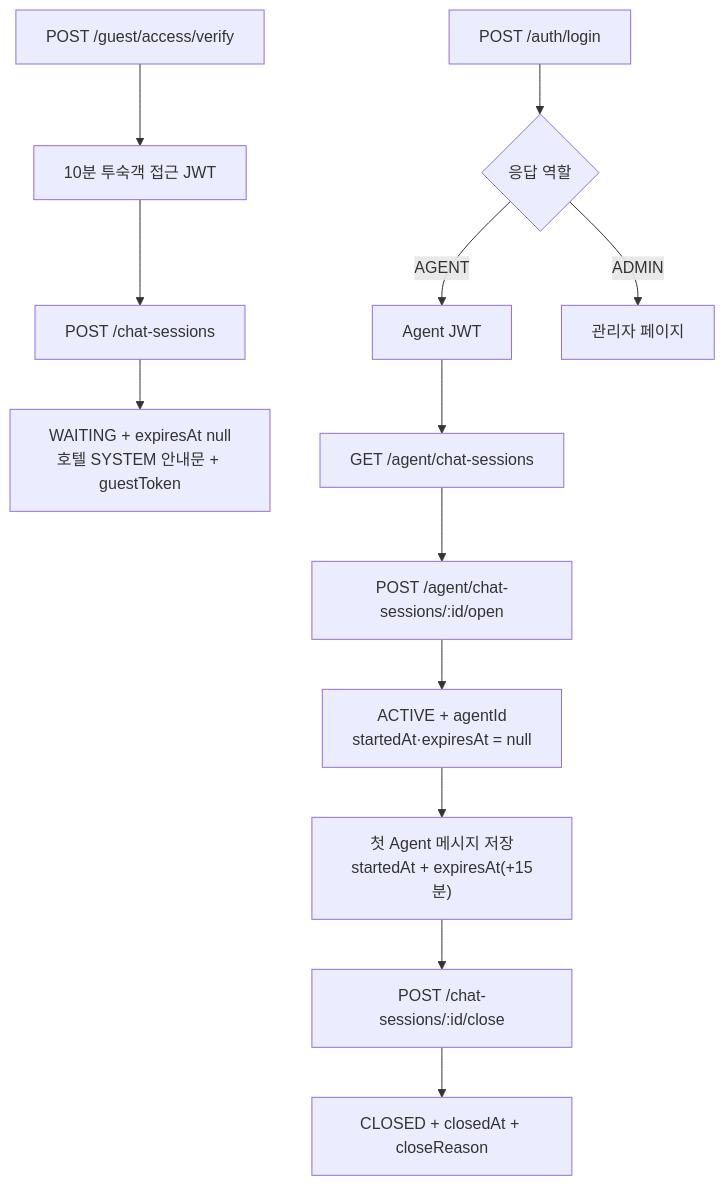
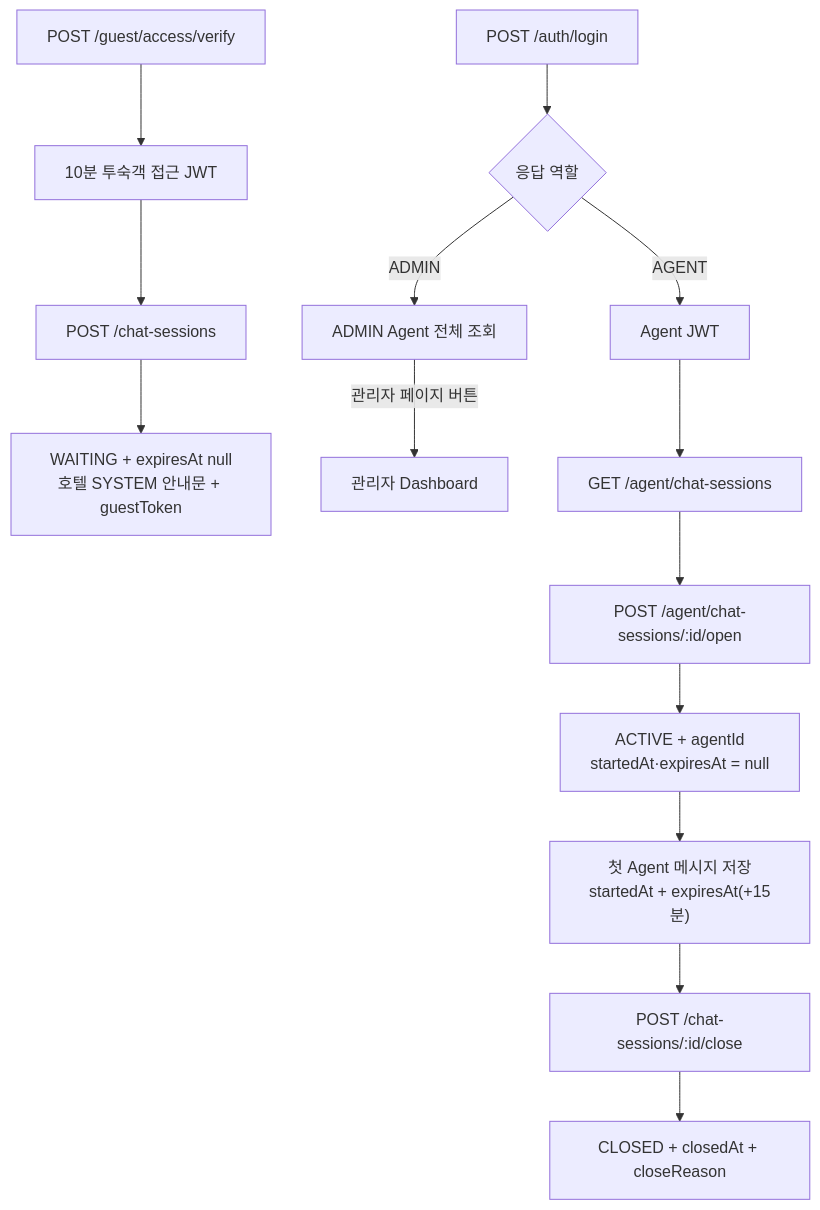
One commit to miffy9999/RemotePlus_Chat changed the sixth of 8 diagrams in docs/08_System_Blueprint.md. Above: the diagram before and after it, drawn with Mermaid. The commit also changed other lines of this file and 18 other files, not shown here.

````diff
--- a/docs/08_System_Blueprint.md
+++ b/docs/08_System_Blueprint.md
@@ -160,15 +162,16 @@
 ```mermaid
 flowchart TD
     Access["POST /guest/access/verify"] --> AccessToken["10분 투숙객 접근 JWT"]
     AccessToken --> Create["POST /chat-sessions"]
     Create --> Waiting["WAITING + expiresAt null\n호텔 SYSTEM 안내문 + guestToken"]
     Login["POST /auth/login"] --> Role{"응답 역할"}
     Role -->|AGENT| StaffToken["Agent JWT"]
-    Role -->|ADMIN| AdminPage["관리자 페이지"]
+    Role -->|ADMIN| AdminAgent["ADMIN Agent 전체 조회"]
+    AdminAgent -->|관리자 페이지 버튼| AdminPage["관리자 Dashboard"]
     StaffToken --> List["GET /agent/chat-sessions"]
     List --> Open["POST /agent/chat-sessions/:id/open"]
     Open --> Active["ACTIVE + agentId<br/>startedAt·expiresAt = null"]
     Active --> FirstReply["첫 Agent 메시지 저장<br/>startedAt + expiresAt(+15분)"]
     FirstReply --> Close["POST /chat-sessions/:id/close"]
     Close --> Closed["CLOSED + closedAt + closeReason"]
 ```
````
